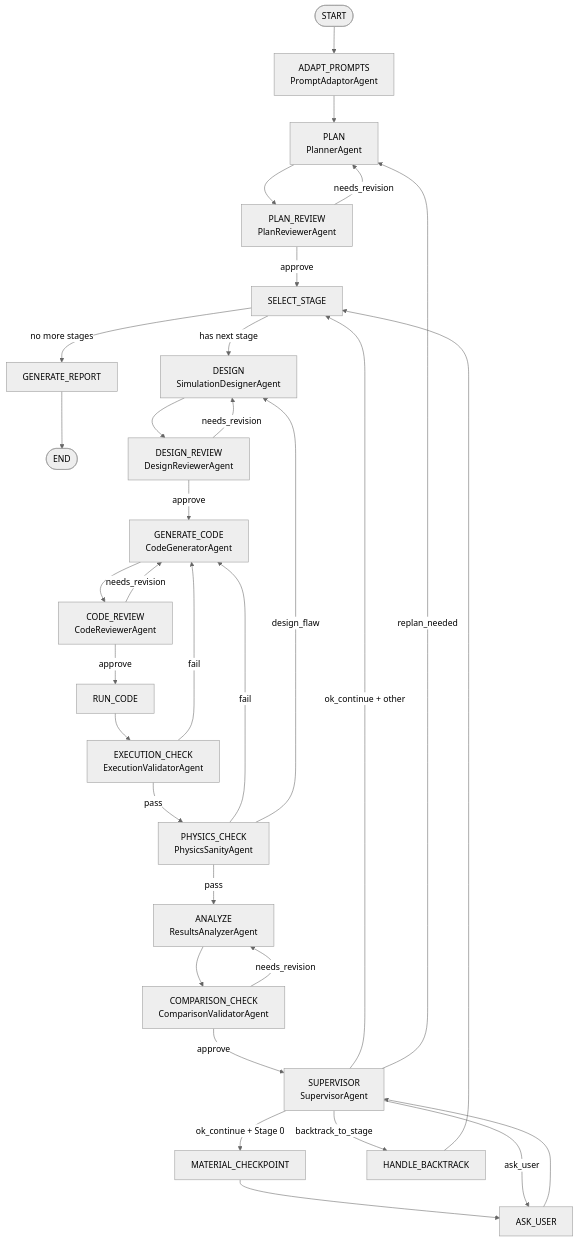
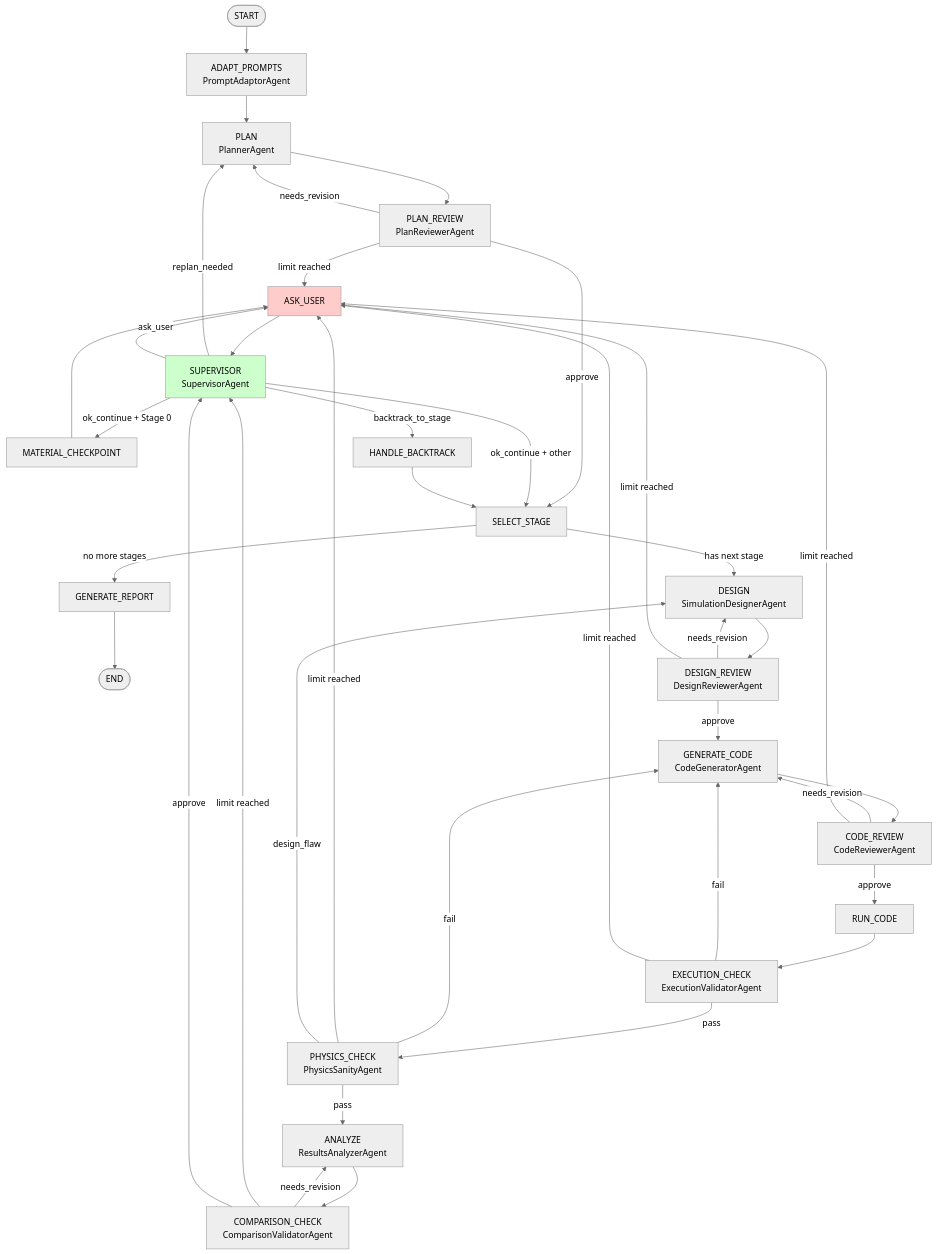
The first of 2 diagrams in README.md (shaiber01/biroclick), drawn with Mermaid (neutral theme) before and after one commit.

Commit message:
Update README.md to enhance workflow diagram with user interaction limits
This commit modifies the workflow diagram in README.md to include user interaction limits at various stages, improving clarity on decision points. The changes ensure that users are aware of when to seek input, enhancing the overall understanding of the workflow process.

````diff
--- a/README.md
+++ b/README.md
@@ -146,30 +146,39 @@
 ```mermaid
 graph TD
     START([START]) --> ADAPT[ADAPT_PROMPTS<br/>PromptAdaptorAgent]
     ADAPT --> PLAN[PLAN<br/>PlannerAgent]
     PLAN --> PLAN_REVIEW[PLAN_REVIEW<br/>PlanReviewerAgent]
     PLAN_REVIEW -->|needs_revision| PLAN
+    PLAN_REVIEW -->|limit reached| ASK[ASK_USER]
     PLAN_REVIEW -->|approve| SELECT[SELECT_STAGE]
     SELECT -->|no more stages| REPORT[GENERATE_REPORT] --> END([END])
     SELECT -->|has next stage| DESIGN[DESIGN<br/>SimulationDesignerAgent]
     DESIGN --> DESIGN_REVIEW[DESIGN_REVIEW<br/>DesignReviewerAgent]
     DESIGN_REVIEW -->|needs_revision| DESIGN
+    DESIGN_REVIEW -->|limit reached| ASK
     DESIGN_REVIEW -->|approve| CODE_GEN[GENERATE_CODE<br/>CodeGeneratorAgent]
     CODE_GEN --> CODE_REVIEW[CODE_REVIEW<br/>CodeReviewerAgent]
     CODE_REVIEW -->|needs_revision| CODE_GEN
+    CODE_REVIEW -->|limit reached| ASK
     CODE_REVIEW -->|approve| RUN[RUN_CODE]
     RUN --> EXEC[EXECUTION_CHECK<br/>ExecutionValidatorAgent]
     EXEC -->|fail| CODE_GEN
+    EXEC -->|limit reached| ASK
     EXEC -->|pass| PHYSICS[PHYSICS_CHECK<br/>PhysicsSanityAgent]
     PHYSICS -->|fail| CODE_GEN
+    PHYSICS -->|limit reached| ASK
     PHYSICS -->|design_flaw| DESIGN
     PHYSICS -->|pass| ANALYZE[ANALYZE<br/>ResultsAnalyzerAgent]
     ANALYZE --> COMPARE[COMPARISON_CHECK<br/>ComparisonValidatorAgent]
     COMPARE -->|needs_revision| ANALYZE
-    COMPARE -->|approve| SUPERVISOR[SUPERVISOR<br/>SupervisorAgent]
-    SUPERVISOR -->|ok_continue + Stage 0| MATERIAL[MATERIAL_CHECKPOINT] --> ASK[ASK_USER]
+    COMPARE -->|limit reached| SUPERVISOR[SUPERVISOR<br/>SupervisorAgent]
+    COMPARE -->|approve| SUPERVISOR
+    SUPERVISOR -->|ok_continue + Stage 0| MATERIAL[MATERIAL_CHECKPOINT] --> ASK
     SUPERVISOR -->|ok_continue + other| SELECT
     SUPERVISOR -->|backtrack_to_stage| BACKTRACK[HANDLE_BACKTRACK] --> SELECT
     SUPERVISOR -->|replan_needed| PLAN
-    SUPERVISOR -->|ask_user| ASK --> SUPERVISOR
+    SUPERVISOR -->|ask_user| ASK
+    ASK --> SUPERVISOR
+    style ASK fill:#ffcccc
+    style SUPERVISOR fill:#ccffcc
 ```
````
